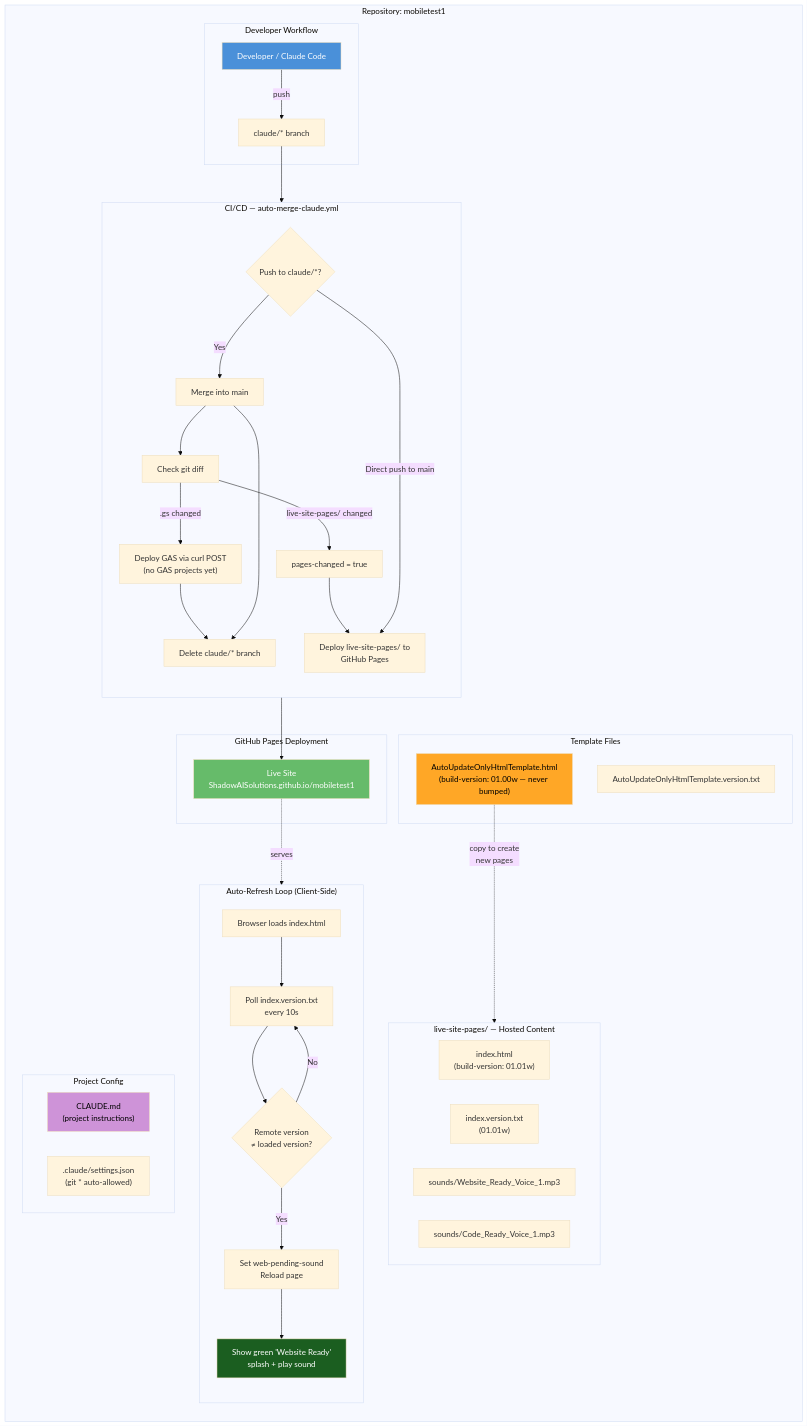
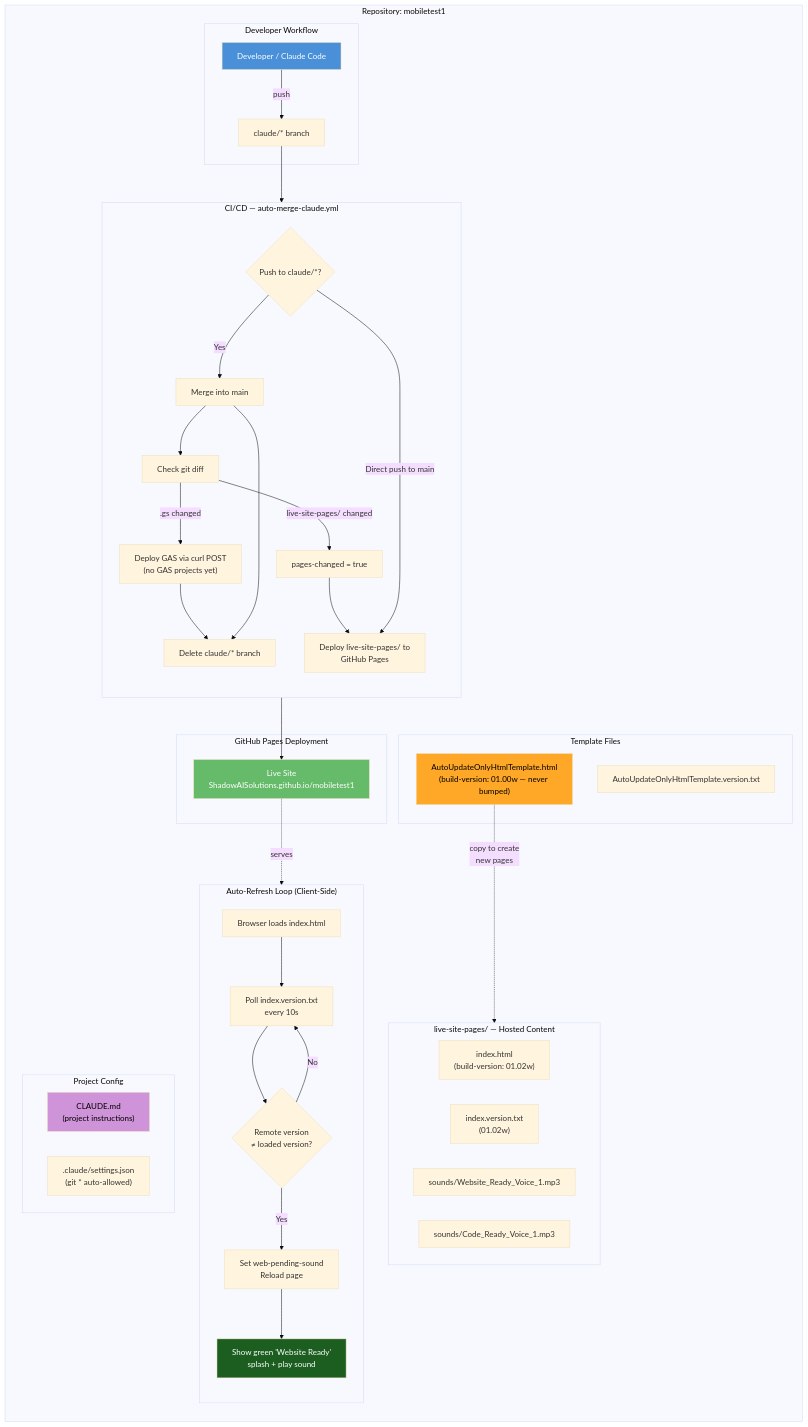
Before and after one commit to ShadowAISolutions/mobiletest1: the diagram in repository-information/ARCHITECTURE.md, drawn with Mermaid (base theme). The commit also changed 5 other files, not shown here.

````diff
--- a/repository-information/ARCHITECTURE.md
+++ b/repository-information/ARCHITECTURE.md
@@ -3,73 +3,73 @@
 ```mermaid
 graph TB
     subgraph "Repository: mobiletest1"
         direction TB
 
         subgraph "Developer Workflow"
             DEV["Developer / Claude Code"]
             CB["claude/* branch"]
             DEV -->|"push"| CB
         end
 
         subgraph "CI/CD — auto-merge-claude.yml"
             direction TB
             TRIGGER{"Push to claude/*?"}
             CB --> TRIGGER
             TRIGGER -->|Yes| MERGE["Merge into main"]
             MERGE --> DIFF["Check git diff"]
             DIFF -->|"live-site-pages/ changed"| PAGES_FLAG["pages-changed = true"]
             DIFF -->|".gs changed"| GAS_DEPLOY["Deploy GAS via curl POST\n(no GAS projects yet)"]
             GAS_DEPLOY --> DELETE_BR
             MERGE --> DELETE_BR["Delete claude/* branch"]
             PAGES_FLAG --> DEPLOY_PAGES
             TRIGGER -->|"Direct push to main"| DEPLOY_PAGES
         end
 
         subgraph "GitHub Pages Deployment"
             DEPLOY_PAGES["Deploy live-site-pages/ to\nGitHub Pages"]
             LIVE["Live Site\nShadowAISolutions.github.io/mobiletest1"]
             DEPLOY_PAGES --> LIVE
         end
 
         subgraph "live-site-pages/ — Hosted Content"
             direction LR
-            INDEX["index.html\n(build-version: 01.01w)"]
-            VERTXT["index.version.txt\n(01.01w)"]
+            INDEX["index.html\n(build-version: 01.02w)"]
+            VERTXT["index.version.txt\n(01.02w)"]
             SND1["sounds/Website_Ready_Voice_1.mp3"]
             SND2["sounds/Code_Ready_Voice_1.mp3"]
         end
 
         subgraph "Auto-Refresh Loop (Client-Side)"
             direction TB
             BROWSER["Browser loads index.html"]
             POLL["Poll index.version.txt\nevery 10s"]
             COMPARE{"Remote version\n≠ loaded version?"}
             RELOAD["Set web-pending-sound\nReload page"]
             SPLASH["Show green 'Website Ready'\nsplash + play sound"]
             BROWSER --> POLL
             POLL --> COMPARE
             COMPARE -->|Yes| RELOAD
             RELOAD --> SPLASH
             COMPARE -->|No| POLL
         end
 
         subgraph "Template Files"
             TPL["AutoUpdateOnlyHtmlTemplate.html\n(build-version: 01.00w — never bumped)"]
             TPL_VER["AutoUpdateOnlyHtmlTemplate.version.txt"]
         end
 
         subgraph "Project Config"
             CLAUDE_MD["CLAUDE.md\n(project instructions)"]
             SETTINGS[".claude/settings.json\n(git * auto-allowed)"]
         end
     end
 
     TPL -.->|"copy to create\nnew pages"| INDEX
     LIVE -.->|"serves"| BROWSER
 
     style DEV fill:#4a90d9,color:#fff
     style LIVE fill:#66bb6a,color:#fff
     style SPLASH fill:#1b5e20,color:#fff
     style TPL fill:#ffa726,color:#000
     style CLAUDE_MD fill:#ce93d8,color:#000
 ```
````
